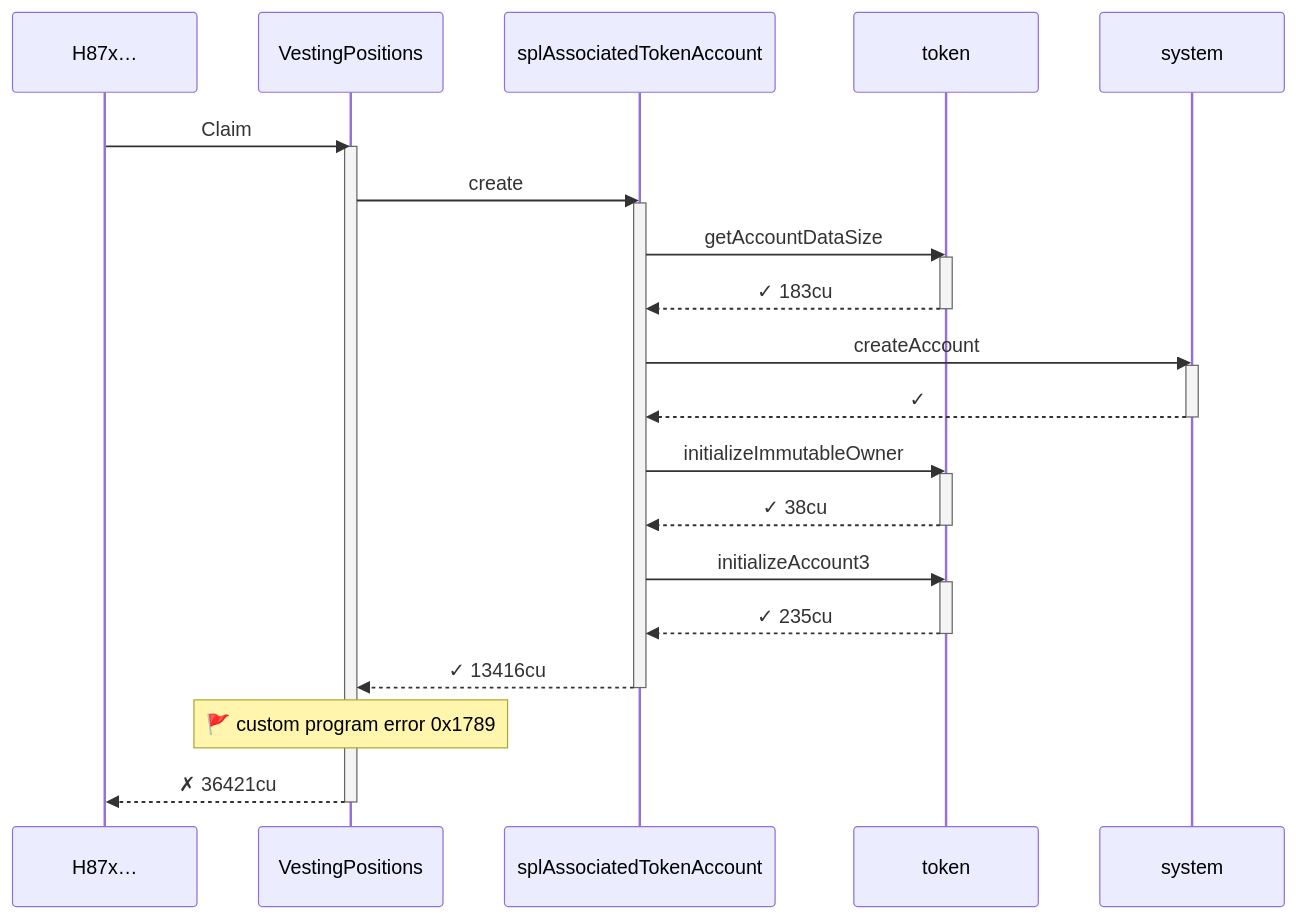
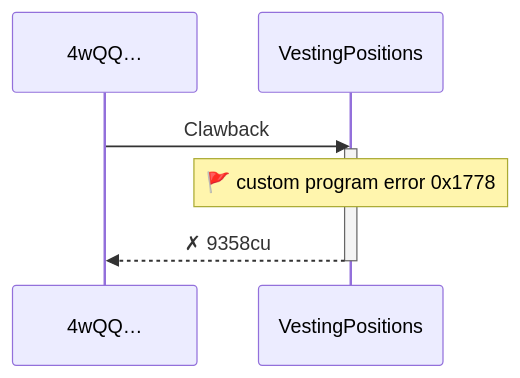
Before and after one commit to cds-turbin3/vesting-position: the first of 3 diagrams in babelfish-tests/test-report/clawback_requires_creator.md, drawn with Mermaid. The commit also changed other lines of this file and 50 other files, not shown here.

````diff
--- a/babelfish-tests/test-report/clawback_requires_creator.md
+++ b/babelfish-tests/test-report/clawback_requires_creator.md
@@ -5,33 +5,10 @@
 ```mermaid
 sequenceDiagram
-    participant p0 as H87x…
+    participant p0 as 4wQQ…
     participant p1 as VestingPositions
-    participant p2 as splAssociatedTokenAccount
-    participant p3 as token
-    participant p4 as system
-    p0->>p1: Claim
+    p0->>p1: Clawback
     activate p1
-    p1->>p2: create
-    activate p2
-    p2->>p3: getAccountDataSize
-    activate p3
-    p3-->>p2: ✓ 183cu
-    deactivate p3
-    p2->>p4: createAccount
-    activate p4
-    p4-->>p2: ✓
-    deactivate p4
-    p2->>p3: initializeImmutableOwner
-    activate p3
-    p3-->>p2: ✓ 38cu
-    deactivate p3
-    p2->>p3: initializeAccount3
-    activate p3
-    p3-->>p2: ✓ 235cu
-    deactivate p3
-    p2-->>p1: ✓ 13416cu
-    deactivate p2
-    note over p1: 🚩 custom program error  0x1789
-    p1-->>p0: ✗ 36421cu
+    note over p1: 🚩 custom program error  0x1778
+    p1-->>p0: ✗ 9358cu
     deactivate p1
 ```
````
